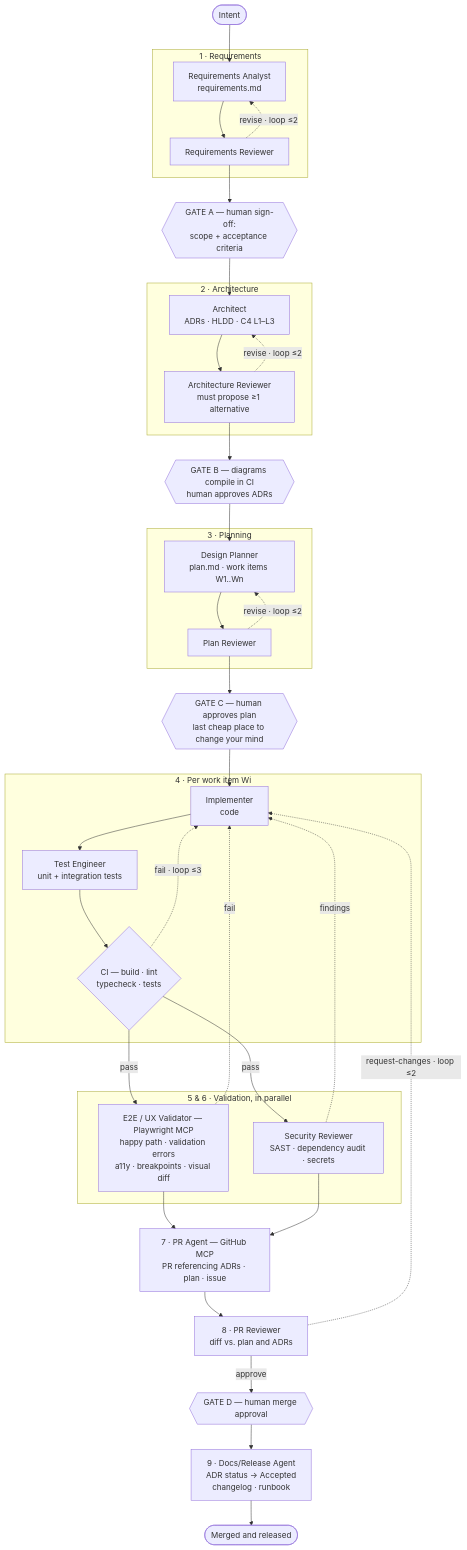
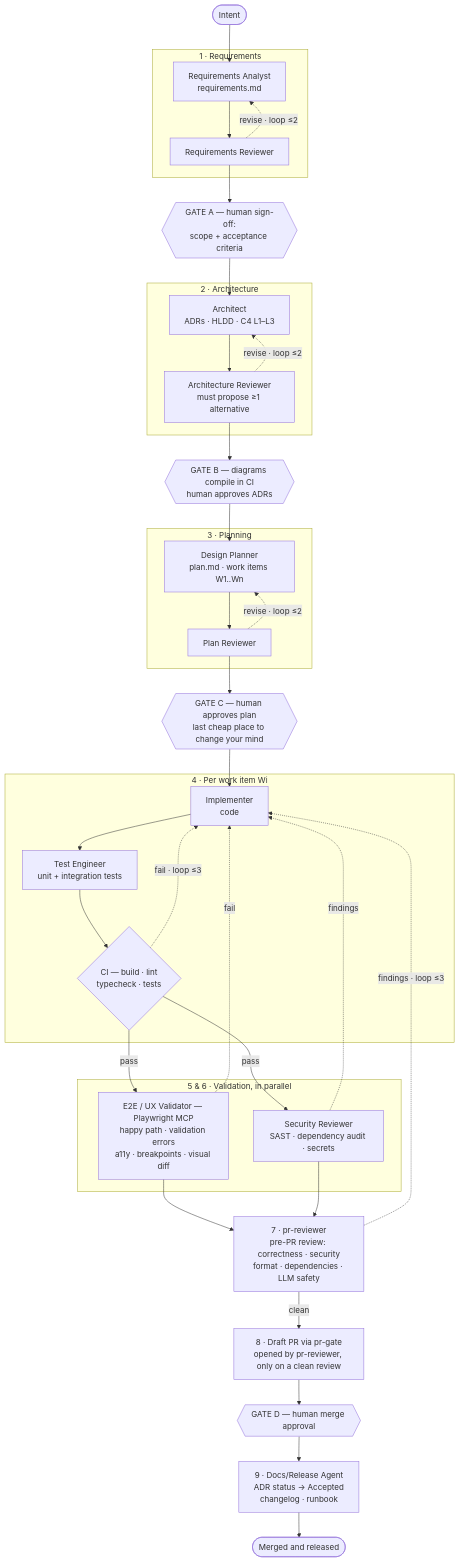
One commit to adhatcher-org/bourbonbook changed the diagram in README.md. Above: the diagram before and after it, drawn with Mermaid. The commit also changed other lines of this file and 17 other files, not shown here.

````diff
--- a/README.md
+++ b/README.md
@@ -413,64 +415,63 @@
 ```mermaid
 flowchart TD
   Intent([Intent])
 
   subgraph PH1["1 · Requirements"]
       RA["Requirements Analyst<br/>requirements.md"]
       RR["Requirements Reviewer"]
       RA --> RR
       RR -.->|"revise · loop ≤2"| RA
   end
 
   GA{{"GATE A — human sign-off:<br/>scope + acceptance criteria"}}
 
   subgraph PH2["2 · Architecture"]
       AR["Architect<br/>ADRs · HLDD · C4 L1–L3"]
       ARR["Architecture Reviewer<br/>must propose ≥1 alternative"]
       AR --> ARR
       ARR -.->|"revise · loop ≤2"| AR
   end
 
   GB{{"GATE B — diagrams compile in CI<br/>human approves ADRs"}}
 
   subgraph PH3["3 · Planning"]
       DP["Design Planner<br/>plan.md · work items W1..Wn"]
       PR["Plan Reviewer"]
       DP --> PR
       PR -.->|"revise · loop ≤2"| DP
   end
 
   GC{{"GATE C — human approves plan<br/>last cheap place to change your mind"}}
 
   subgraph PH4["4 · Per work item Wi"]
       IMP["Implementer<br/>code"]
       TE["Test Engineer<br/>unit + integration tests"]
       CI{"CI — build · lint<br/>typecheck · tests"}
       IMP --> TE --> CI
       CI -.->|"fail · loop ≤3"| IMP
   end
 
   subgraph PH56["5 &amp; 6 · Validation, in parallel"]
       E2E["E2E / UX Validator — Playwright MCP<br/>happy path · validation errors<br/>a11y · breakpoints · visual diff"]
       SEC["Security Reviewer<br/>SAST · dependency audit · secrets"]
   end
 
-  PRA["7 · PR Agent — GitHub MCP<br/>PR referencing ADRs · plan · issue"]
-  PRR["8 · PR Reviewer<br/>diff vs. plan and ADRs"]
+  PRR["7 · pr-reviewer<br/>pre-PR review: correctness · security<br/>format · dependencies · LLM safety"]
+  PRA["8 · Draft PR via pr-gate<br/>opened by pr-reviewer, only on a clean review"]
   GD{{"GATE D — human merge approval"}}
   DOC["9 · Docs/Release Agent<br/>ADR status → Accepted<br/>changelog · runbook"]
   Done([Merged and released])
 
 Intent --> RA
 RR --> GA --> AR
 ARR --> GB --> DP
 PR --> GC --> IMP
 CI -->|pass| E2E
 CI -->|pass| SEC
 E2E -.->|fail| IMP
 SEC -.->|findings| IMP
-E2E --> PRA
-SEC --> PRA
-PRA --> PRR
-PRR -.->|"request-changes · loop ≤2"| IMP
-PRR -->|approve| GD --> DOC --> Done
+E2E --> PRR
+SEC --> PRR
+PRR -.->|"findings · loop ≤3"| IMP
+PRR -->|clean| PRA --> GD --> DOC --> Done
 ```
````
